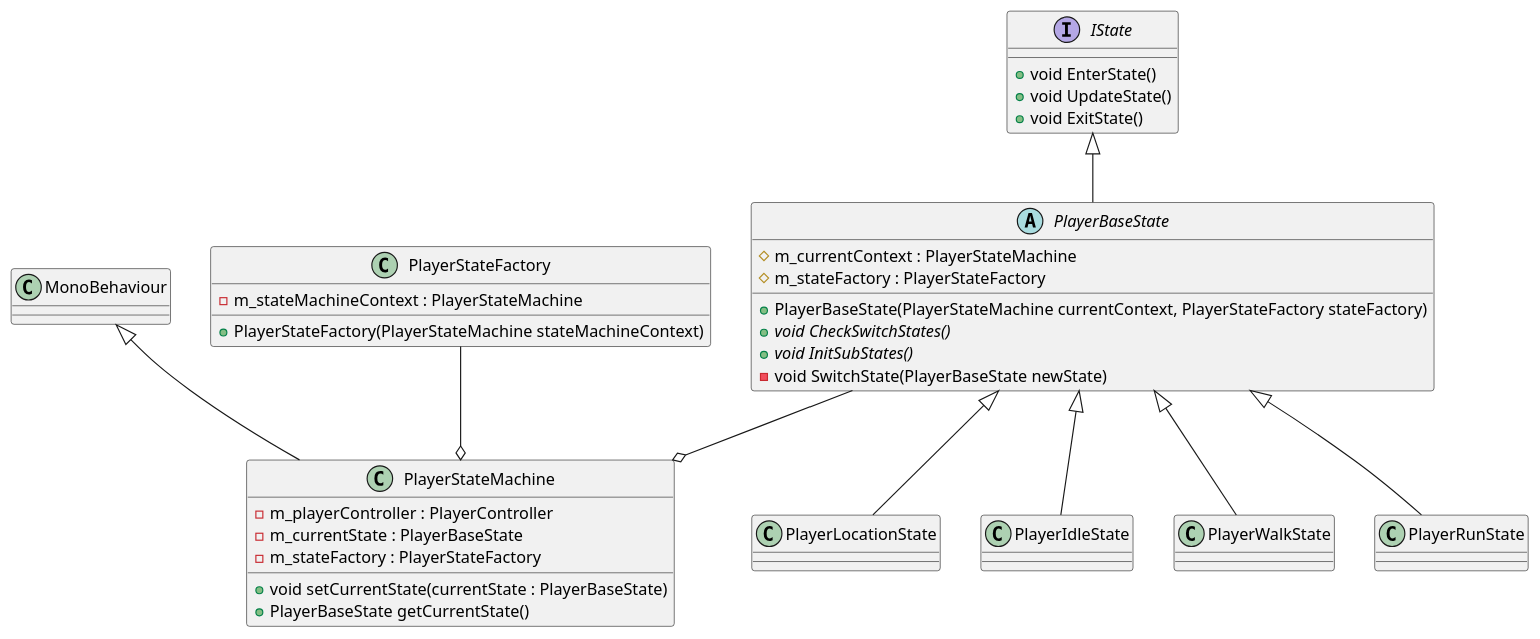
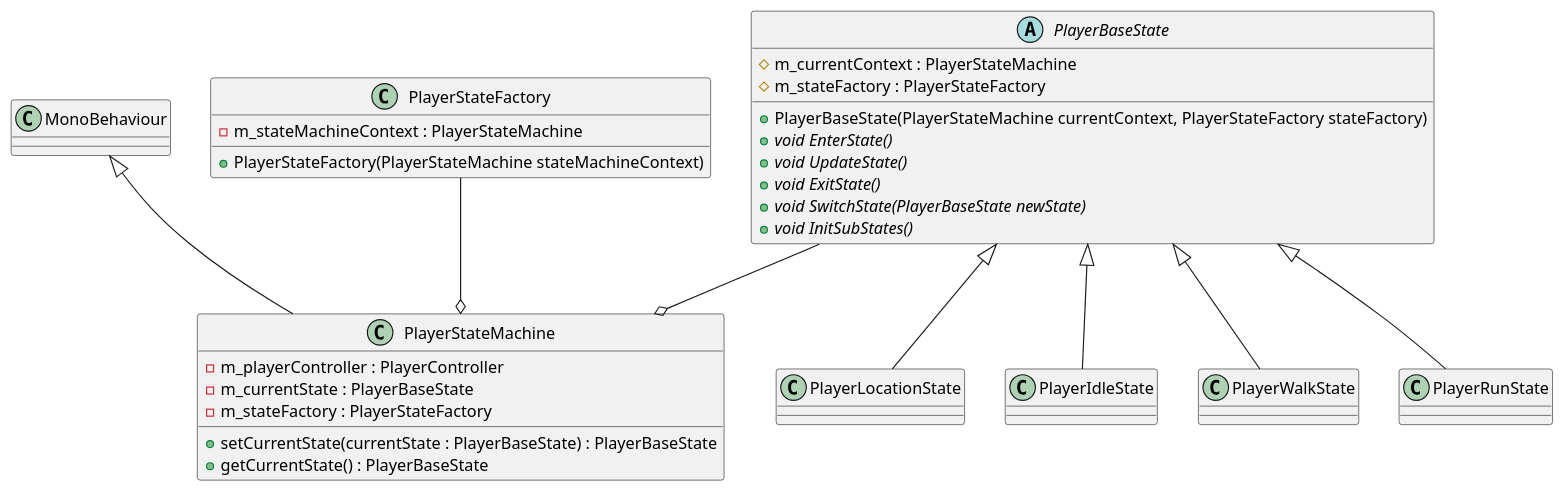
The diagram in Documents/StateMachine.puml (Jerryym/EchoKnight), drawn with PlantUML before and after one commit. The commit also changed 6 other files, not shown here.

```diff
--- a/Documents/StateMachine.puml
+++ b/Documents/StateMachine.puml
@@ -1,53 +1,49 @@
 @startuml StateMachine
 
 class PlayerStateMachine extends MonoBehaviour {
 	- m_playerController : PlayerController
 	- m_currentState : PlayerBaseState
 	- m_stateFactory : PlayerStateFactory
 
-	+ void setCurrentState(currentState : PlayerBaseState)
-	+ PlayerBaseState getCurrentState()
+	+ setCurrentState(currentState : PlayerBaseState) : PlayerBaseState
+	+ getCurrentState() : PlayerBaseState
 }
 
-interface IState {
-	+ void EnterState()
-	+ void UpdateState()
-	+ void ExitState()
-}
-
-abstract class PlayerBaseState extends IState {
+abstract class PlayerBaseState {
 	# m_currentContext : PlayerStateMachine
 	# m_stateFactory : PlayerStateFactory
 
 	+ PlayerBaseState(PlayerStateMachine currentContext, PlayerStateFactory stateFactory)
-	+ {abstract} void CheckSwitchStates()
+	+ {abstract} void EnterState()
+	+ {abstract} void UpdateState()
+	+ {abstract} void ExitState()
+	+ {abstract} void SwitchState(PlayerBaseState newState)
 	+ {abstract} void InitSubStates()
-	- void SwitchState(PlayerBaseState newState)
 }
 
 class PlayerLocationState extends PlayerBaseState {
 
 }
 
 class PlayerIdleState extends PlayerBaseState {
 
 }
 
 class PlayerWalkState extends PlayerBaseState {
 
 }
 
 class PlayerRunState extends PlayerBaseState {
 
 }
 
 class PlayerStateFactory {
 	- m_stateMachineContext : PlayerStateMachine
 
 	+ PlayerStateFactory(PlayerStateMachine stateMachineContext)
 }
 
 PlayerBaseState --o PlayerStateMachine
 PlayerStateFactory --o PlayerStateMachine
 
 @enduml
```
